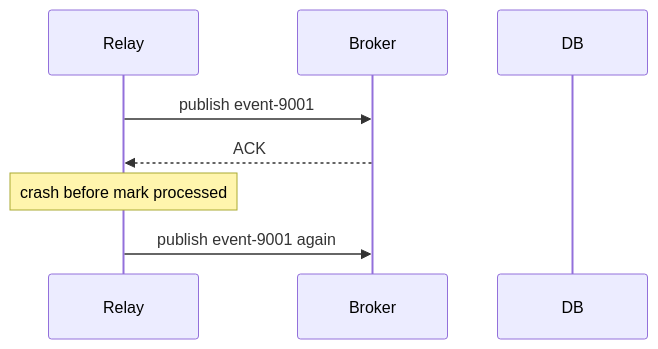
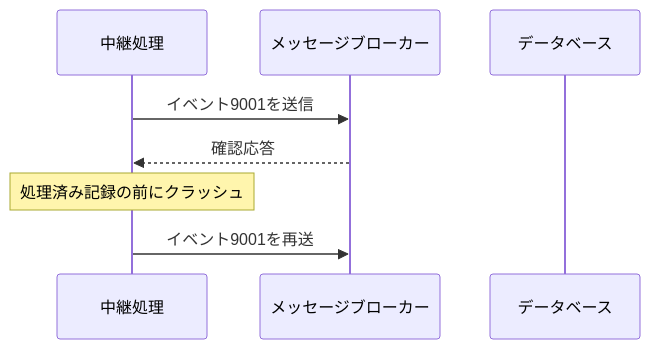
One commit to hirunebot/database-systems-book changed the seventh of 7 diagrams in src/content/docs/05-distributed-db/16-distributed-transactions.md. Above: the diagram before and after it, drawn with Mermaid. The commit also changed other lines of this file and 42 other files, not shown here.

````diff
--- a/src/content/docs/05-distributed-db/16-distributed-transactions.md
+++ b/src/content/docs/05-distributed-db/16-distributed-transactions.md
@@ -332,10 +332,10 @@
 ```mermaid
 sequenceDiagram
-    participant Relay
-    participant Broker
-    participant DB
-    Relay->>Broker: publish event-9001
-    Broker-->>Relay: ACK
-    Note over Relay: crash before mark processed
-    Relay->>Broker: publish event-9001 again
+    participant Relay as 中継処理
+    participant Broker as メッセージブローカー
+    participant DB as データベース
+    Relay->>Broker: イベント9001を送信
+    Broker-->>Relay: 確認応答
+    Note over Relay: 処理済み記録の前にクラッシュ
+    Relay->>Broker: イベント9001を再送
 ```
````
